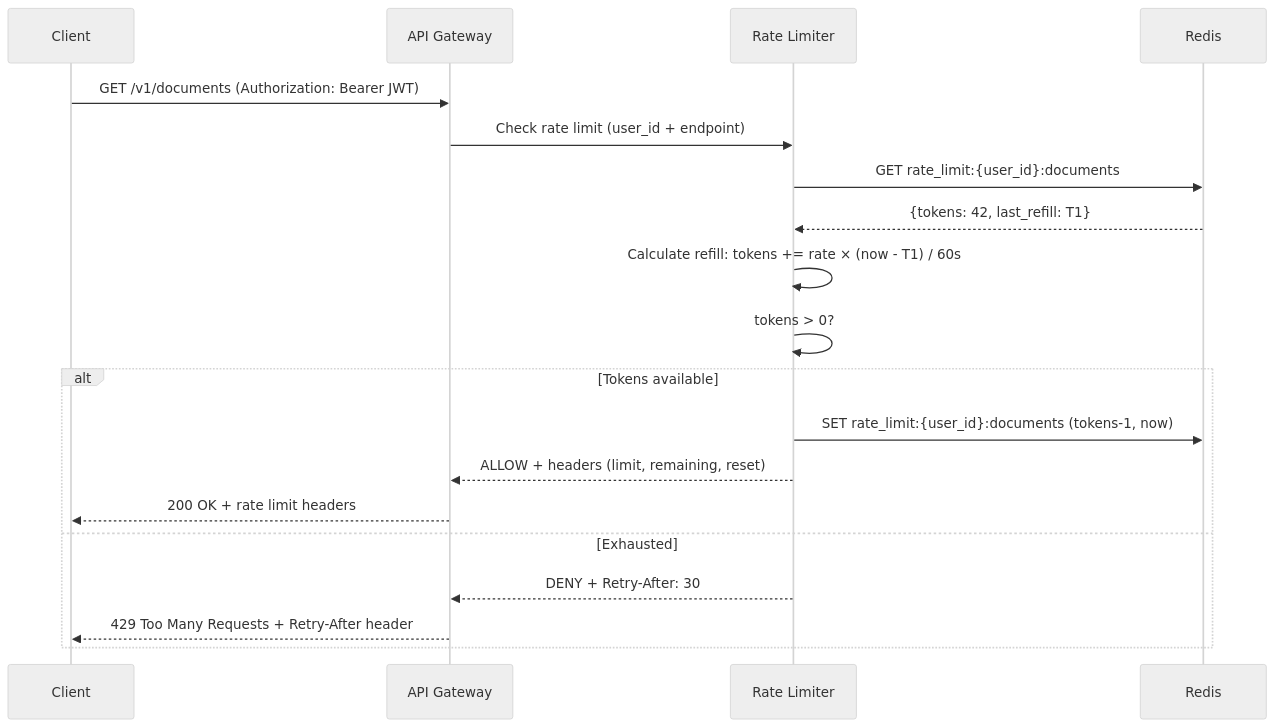
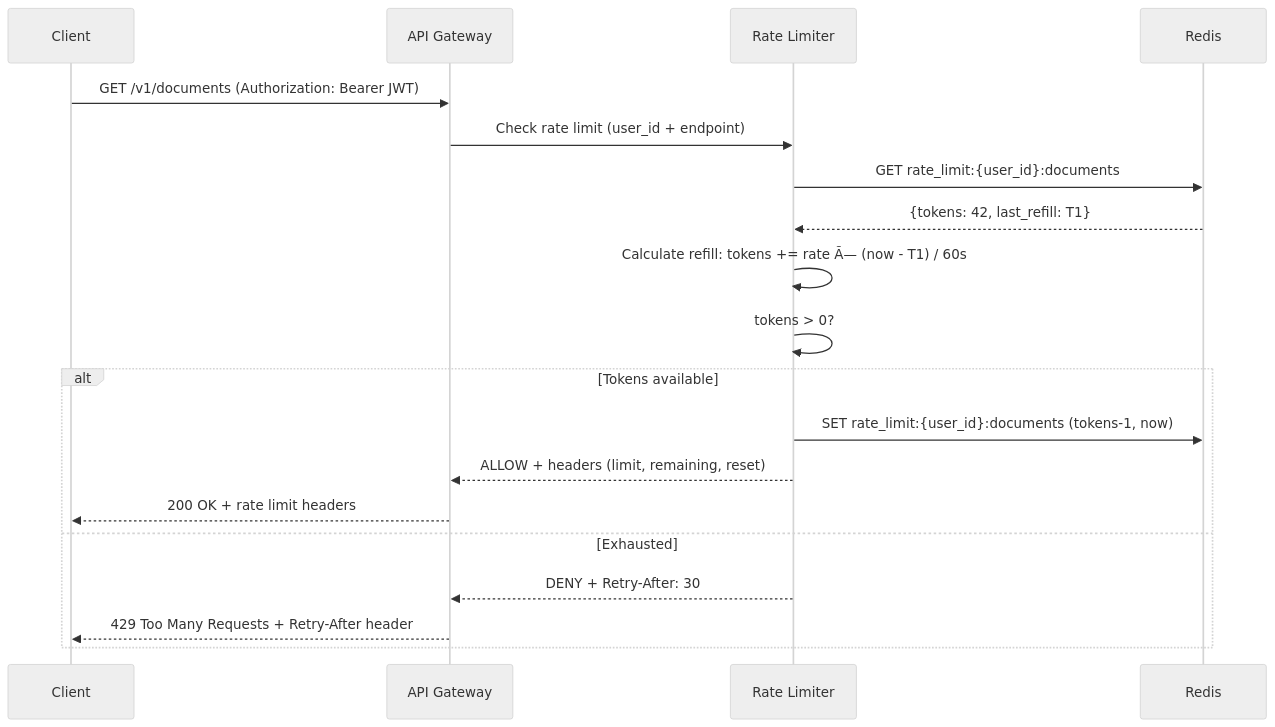
Before and after one commit to Driftloom/Vaeloom: the second of 2 diagrams in Docs/Backend/Rate-Limiting.md, drawn with Mermaid (neutral theme). The commit also changed other lines of this file and 249 other files, not shown here.

````diff
--- a/Docs/Backend/Rate-Limiting.md
+++ b/Docs/Backend/Rate-Limiting.md
@@ -203,22 +203,22 @@
 ```mermaid
 sequenceDiagram
     participant C as Client
     participant GW as API Gateway
     participant RL as Rate Limiter
     participant R as Redis
 
     C->>GW: GET /v1/documents (Authorization: Bearer JWT)
     GW->>RL: Check rate limit (user_id + endpoint)
     RL->>R: GET rate_limit:{user_id}:documents
     R-->>RL: {tokens: 42, last_refill: T1}
-    RL->>RL: Calculate refill: tokens += rate × (now - T1) / 60s
+    RL->>RL: Calculate refill: tokens += rate Ã— (now - T1) / 60s
     RL->>RL: tokens > 0?
     alt Tokens available
         RL->>R: SET rate_limit:{user_id}:documents (tokens-1, now)
         RL-->>GW: ALLOW + headers (limit, remaining, reset)
         GW-->>C: 200 OK + rate limit headers
     else Exhausted
         RL-->>GW: DENY + Retry-After: 30
         GW-->>C: 429 Too Many Requests + Retry-After header
     end
 ```
````
